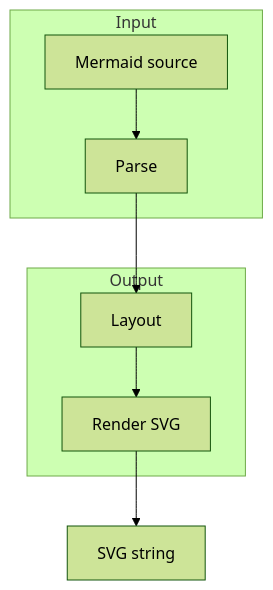
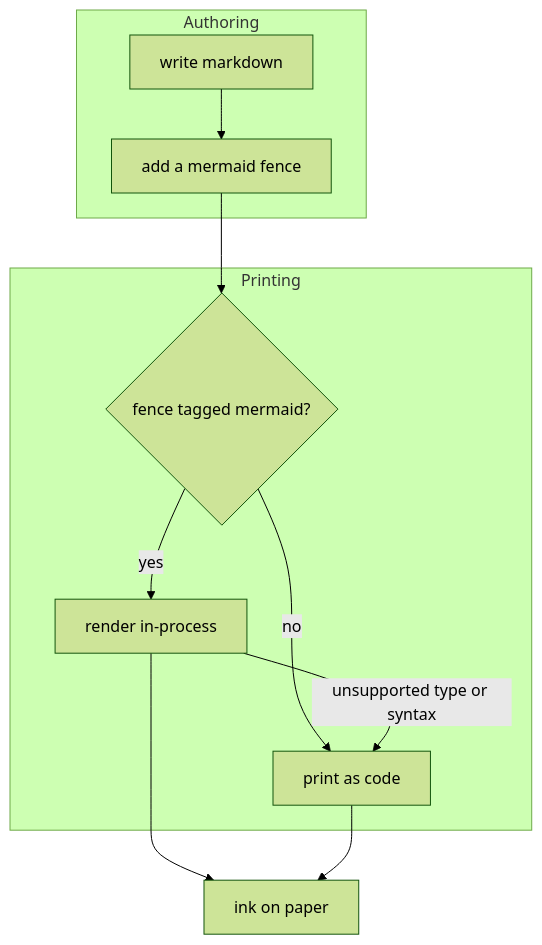
One commit to nullean/mermaider changed the first of 26 diagrams in tests/Mermaider.Tests/Fixtures/mermaid.md. Above: the diagram before and after it, drawn with Mermaid (forest theme). The commit also changed other lines of this file, not shown here.

Commit message:
Reword mermaid.md fixture prose for Mermaider; keep all diagram content intact

````diff
--- a/tests/Mermaider.Tests/Fixtures/mermaid.md
+++ b/tests/Mermaider.Tests/Fixtures/mermaid.md
@@ -9,11 +11,15 @@
 ```mermaid
 flowchart TB
-    subgraph input[Input]
-        SRC[Mermaid source] --> PARSE[Parse]
+    subgraph authoring[Authoring]
+        MD[write markdown] --> FENCE[add a mermaid fence]
     end
-    subgraph output[Output]
-        LAYOUT[Layout] --> RENDER[Render SVG]
+    subgraph printing[Printing]
+        PARSE{fence tagged mermaid?}
+        PARSE -->|yes| RENDER[render in-process]
+        PARSE -->|no| CODE[print as code]
+        RENDER -->|unsupported type or syntax| CODE
     end
-    PARSE --> LAYOUT
-    RENDER --> SVG[SVG string]
+    FENCE --> PARSE
+    RENDER --> PAGE[ink on paper]
+    CODE --> PAGE
 ```
````
